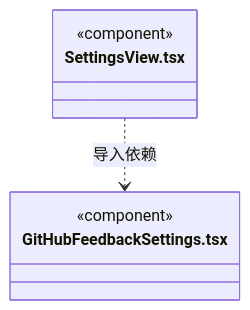
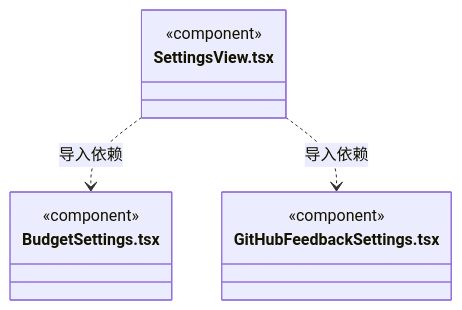
Diagram 15 of 16 in src/view/settings/ARCHITECTURE.md (nan023062/cbim), drawn with Mermaid before and after one commit. The commit also changed other lines of this file and 27 other files, not shown here.

````diff
--- a/src/view/settings/ARCHITECTURE.md
+++ b/src/view/settings/ARCHITECTURE.md
@@ -236,10 +249,14 @@
 ```mermaid
 classDiagram
 class N_src_view_settings_SettingsView_tsx["SettingsView.tsx"] {
   <<component>>
 }
+class N_src_view_settings_BudgetSettings_tsx["BudgetSettings.tsx"] {
+  <<component>>
+}
 class N_src_view_settings_GitHubFeedbackSettings_tsx["GitHubFeedbackSettings.tsx"] {
   <<component>>
 }
+N_src_view_settings_SettingsView_tsx ..> N_src_view_settings_BudgetSettings_tsx : 导入依赖
 N_src_view_settings_SettingsView_tsx ..> N_src_view_settings_GitHubFeedbackSettings_tsx : 导入依赖
 ```
````
